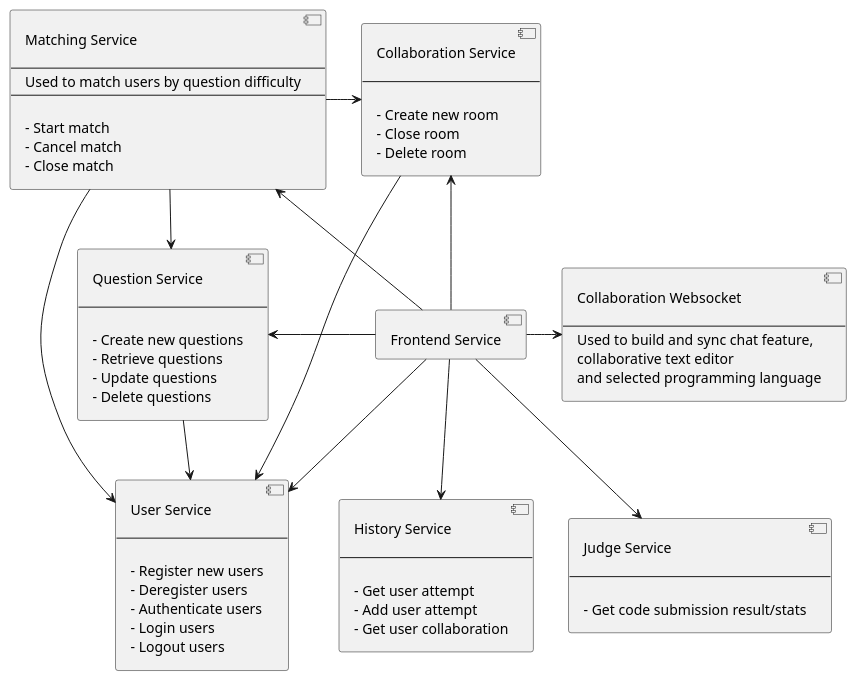
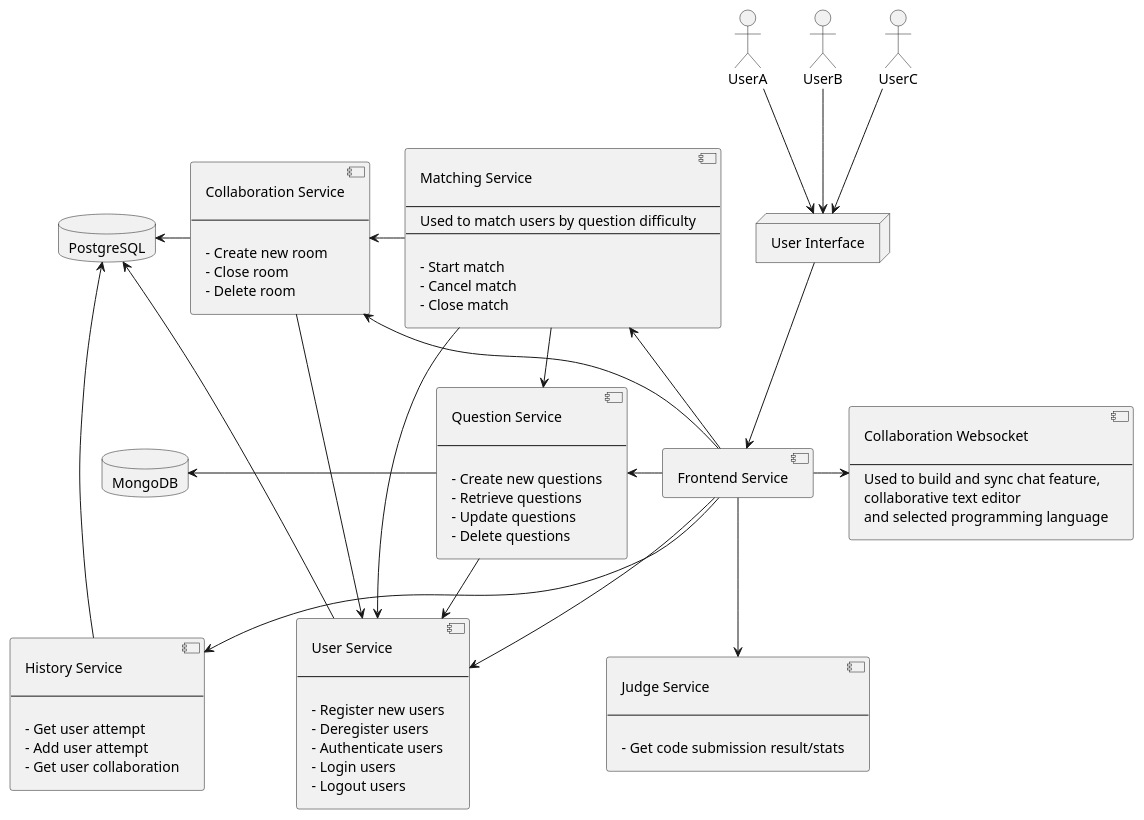
One commit to CS3219-AY2324S1/ay2324s1-course-assessment-g01 changed the diagram in microservices_architecture.wsd. Above: the diagram before and after it, drawn with PlantUML.

Commit message:
fix: added clients and db to diagram

```diff
--- a/microservices_architecture.wsd
+++ b/microservices_architecture.wsd
@@ -1,92 +1,124 @@
 @startuml microservices_architecture
 
+' clients
+actor UserA
+
+actor UserB
+
+actor UserC
+
+node user_interface [
+	User Interface
+]
+
+' services
 component frontend_service [
 	Frontend Service
 ]
 
 component user_service [
 	User Service
 
 	---
 
 	- Register new users
 	- Deregister users
 	- Authenticate users
 	- Login users
 	- Logout users
 ]
 
 component question_service [
 	Question Service
 
 	---
 
 	- Create new questions
 	- Retrieve questions
 	- Update questions
 	- Delete questions
 ]
 
 component matching_service [
 	Matching Service
 
 	---
 	Used to match users by question difficulty
 	---
 
 	- Start match
 	- Cancel match
 	- Close match
 ]
 
 component collaboration_service [
 	Collaboration Service
 
 	---
 
 	- Create new room
 	- Close room
 	- Delete room
 ]
 
 component collab_websocket [
 	Collaboration Websocket
 
 	---
 	Used to build and sync chat feature,
 	collaborative text editor
 	and selected programming language
 ]
 
 component judge_service [
 	Judge Service
 
 	---
 
 	- Get code submission result/stats
 ]
 
 component history_service [
 	History Service
 
 	---
 
 	- Get user attempt
 	- Add user attempt
 	- Get user collaboration
 ]
 
+' databases
+database postgresql [
+	PostgreSQL
+]
+
+database mongodb [
+	MongoDB
+]
+
+' connections
+UserA -down-> user_interface
+UserB -down-> user_interface
+UserC -down-> user_interface
+
+user_interface -down-> frontend_service
+
 frontend_service -down-> user_service
 frontend_service -left-> question_service
 frontend_service -up-> matching_service
 frontend_service -up-> collaboration_service
 frontend_service -> collab_websocket
 frontend_service -down-> judge_service
 frontend_service -down-> history_service
 question_service -> user_service
+question_service -left-> mongodb
 matching_service -> user_service
 matching_service -> question_service
-matching_service -> collaboration_service
+matching_service -left-> collaboration_service
 collaboration_service -> user_service
+user_service -left-> postgresql
+collaboration_service -left-> postgresql
+history_service -left-> postgresql
 
 @enduml
```
